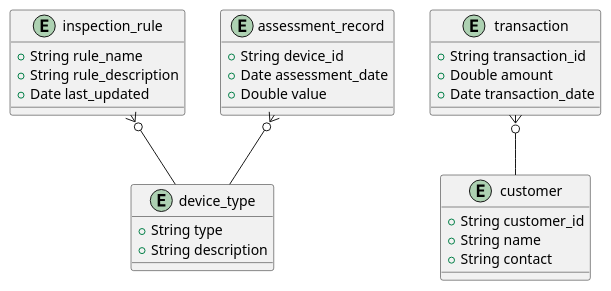
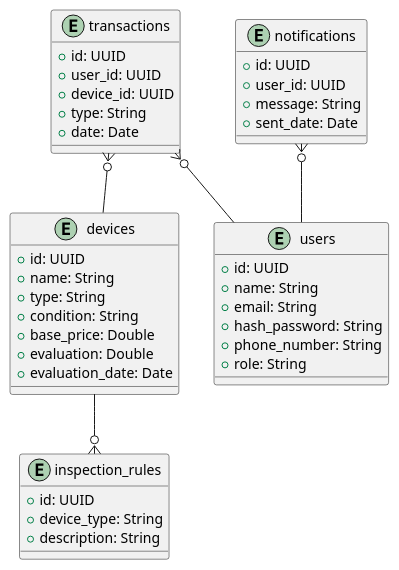
The diagram in Lab Work №3/docs/database.plantuml (embersage/HSE-Software-Architecture), drawn with PlantUML before and after one commit. The commit also changed 2 other files, not shown here.

Commit message:
LabWork3 Добавил отчет и изменил диаграммы

```diff
--- a/Lab Work №3/docs/database.plantuml
+++ b/Lab Work №3/docs/database.plantuml
@@ -1,36 +1,48 @@
 @startuml
 
-entity device_type {
-    +String type
-    +String description
+entity devices {
+    + id: UUID
+    + name: String
+    + type: String
+    + condition: String
+    + base_price: Double
+    + evaluation: Double
+    + evaluation_date: Date
 }
 
-entity inspection_rule {
-    +String rule_name
-    +String rule_description
-    +Date last_updated
+entity inspection_rules {
+    + id: UUID
+    + device_type: String
+    + description: String
 }
 
-entity assessment_record {
-    +String device_id
-    +Date assessment_date
-    +Double value
+entity notifications {
+    + id: UUID
+    + user_id: UUID
+    + message: String
+    + sent_date: Date
 }
 
-entity transaction {
-    +String transaction_id
-    +Double amount
-    +Date transaction_date
+entity transactions {
+    + id: UUID
+    + user_id: UUID
+    + device_id: UUID
+    + type: String
+    + date: Date
 }
 
-entity customer {
-    +String customer_id
-    +String name
-    +String contact
+entity users {
+    + id: UUID
+    + name: String
+    + email: String
+    + hash_password: String
+    + phone_number: String
+    + role: String
 }
 
-inspection_rule }o-- device_type
-assessment_record }o-- device_type
-transaction }o-- customer
+devices --o{ inspection_rules
+notifications }o-- users
+transactions }o-- devices
+transactions }o-- users
 
 @enduml
```
